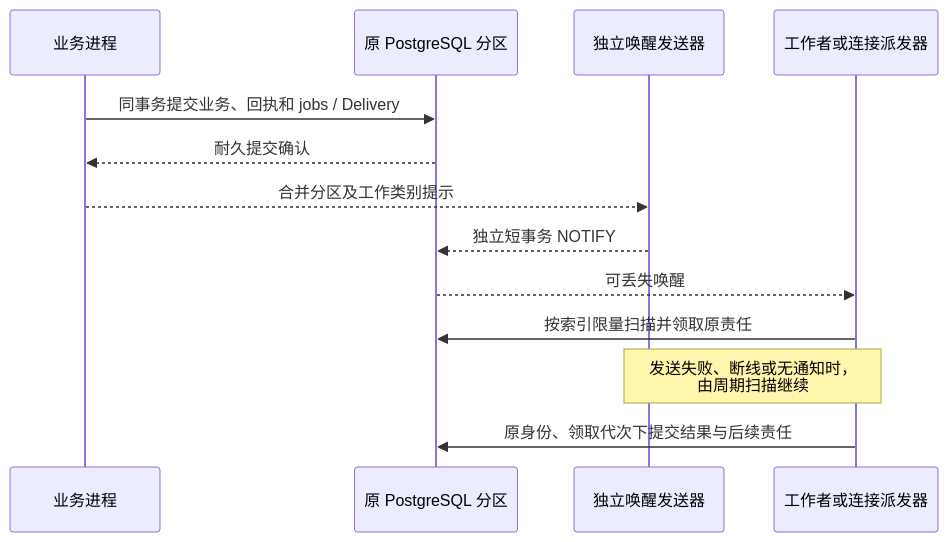
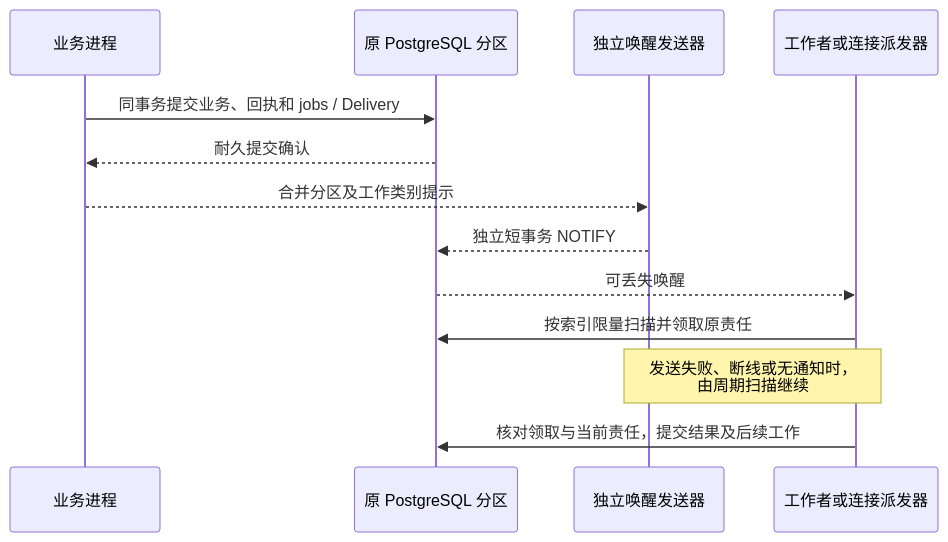
Before and after one commit to ruipengliu/lerna: the second of 4 diagrams in docs/architecture/storage-and-middleware.md, drawn with Mermaid. The commit also changed other lines of this file and 76 other files, not shown here.

````diff
--- a/docs/architecture/storage-and-middleware.md
+++ b/docs/architecture/storage-and-middleware.md
@@ -40,15 +40,15 @@
 ```mermaid
 sequenceDiagram
     participant A as 业务进程
     participant D as 原 PostgreSQL 分区
     participant N as 独立唤醒发送器
     participant W as 工作者或连接派发器
     A->>D: 同事务提交业务、回执和 jobs / Delivery
     D-->>A: 耐久提交确认
     A-->>N: 合并分区及工作类别提示
     N-->>D: 独立短事务 NOTIFY
     D-->>W: 可丢失唤醒
     W->>D: 按索引限量扫描并领取原责任
     Note over N,W: 发送失败、断线或无通知时，<br/>由周期扫描继续
-    W->>D: 原身份、领取代次下提交结果与后续责任
+    W->>D: 核对领取与当前责任，提交结果及后续工作
 ```
````
